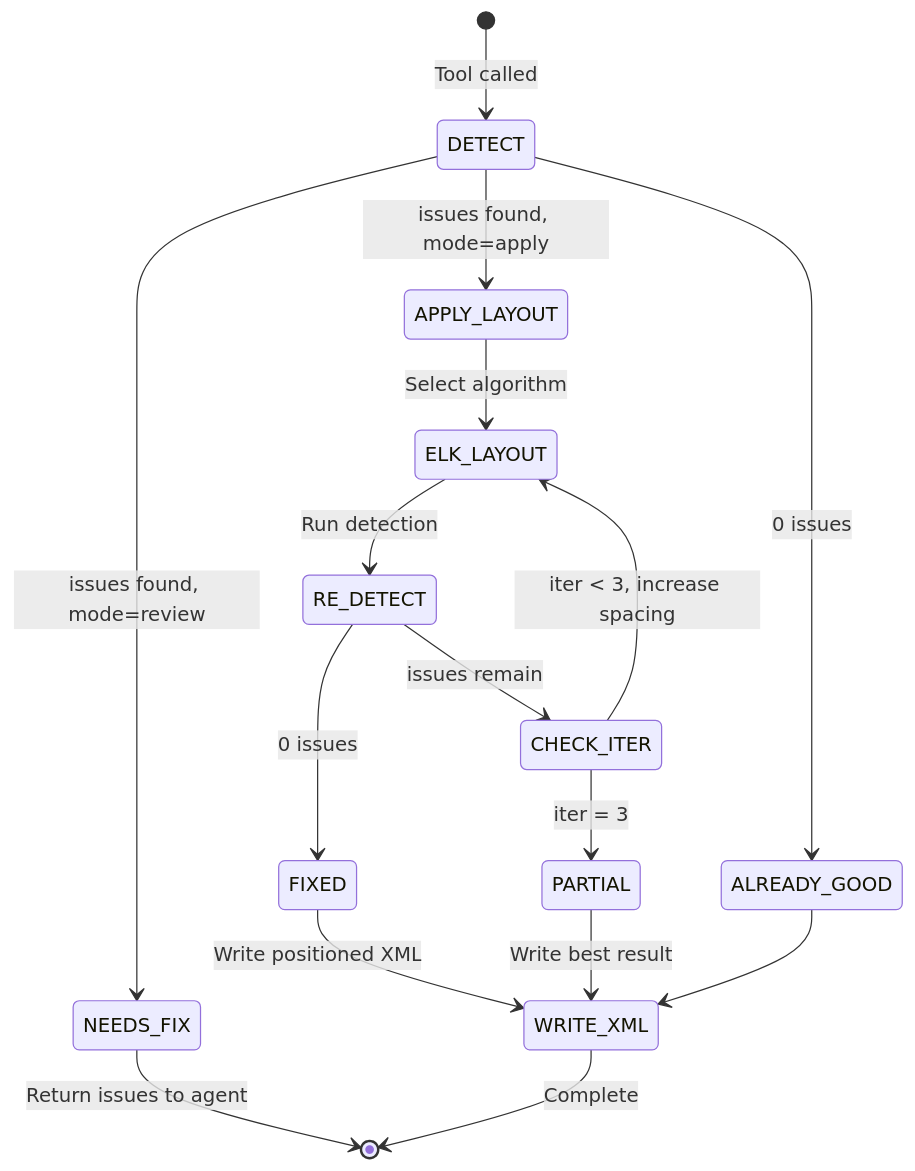
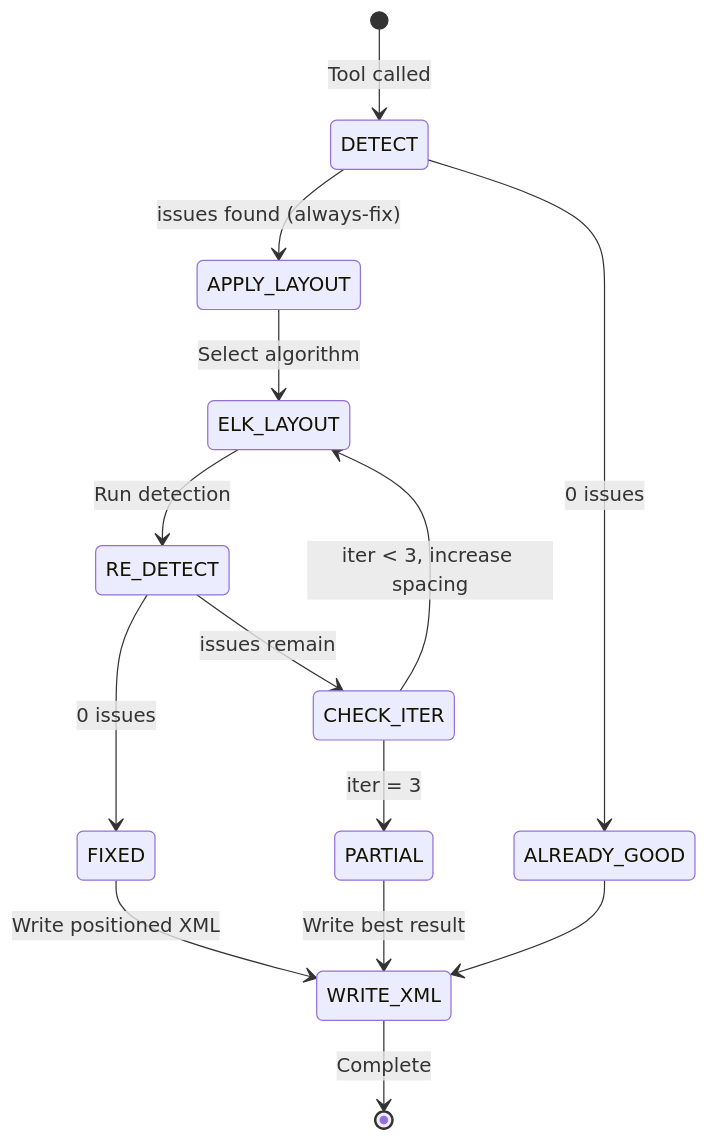
The second of 4 diagrams in documents/SA4E-406/BRD.md (dnguyenminh/SDLC-Agents-4-Enteprise), drawn with Mermaid before and after one commit. The commit also changed other lines of this file and 48 other files, not shown here.

````diff
--- a/documents/SA4E-406/BRD.md
+++ b/documents/SA4E-406/BRD.md
@@ -608,18 +677,16 @@
 ```mermaid
 stateDiagram-v2
     [*] --> DETECT: Tool called
     DETECT --> ALREADY_GOOD: 0 issues
-    DETECT --> NEEDS_FIX: issues found, mode=review
-    DETECT --> APPLY_LAYOUT: issues found, mode=apply
+    DETECT --> APPLY_LAYOUT: issues found (always-fix)
     APPLY_LAYOUT --> ELK_LAYOUT: Select algorithm
     ELK_LAYOUT --> RE_DETECT: Run detection
     RE_DETECT --> FIXED: 0 issues
     RE_DETECT --> CHECK_ITER: issues remain
     CHECK_ITER --> ELK_LAYOUT: iter < 3, increase spacing
     CHECK_ITER --> PARTIAL: iter = 3
     FIXED --> WRITE_XML: Write positioned XML
     PARTIAL --> WRITE_XML: Write best result
     ALREADY_GOOD --> WRITE_XML
-    NEEDS_FIX --> [*]: Return issues to agent
     WRITE_XML --> [*]: Complete
 ```
````
